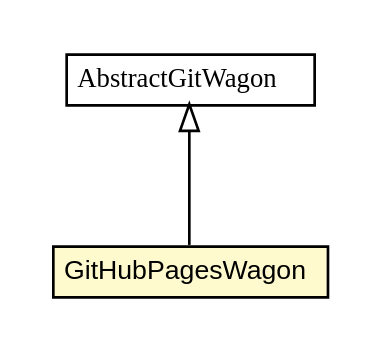
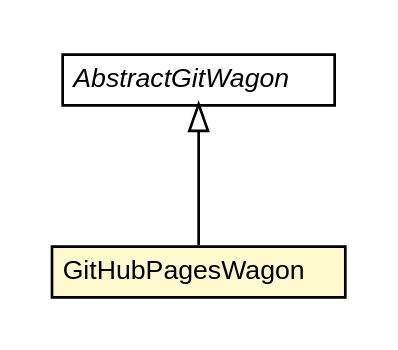
One commit to trajano/wagon-git changed the diagram in apidocs/net/trajano/wagon/git/GitHubPagesWagon.dot. Above: the diagram before and after it, drawn with Graphviz. The commit also changed 117 other files, not shown here.

Commit message:
wagon-git commit

```diff
--- a/apidocs/net/trajano/wagon/git/GitHubPagesWagon.dot
+++ b/apidocs/net/trajano/wagon/git/GitHubPagesWagon.dot
@@ -1,26 +1,26 @@
 #!/usr/local/bin/dot
 #
 # Class diagram 
 # Generated by UMLGraph version R5_6-24-gf6e263 (http://www.umlgraph.org/)
 #
 
 digraph G {
-	edge [fontname="arial",fontsize=10,labelfontname="arial",labelfontsize=10];
-	node [fontname="arial",fontsize=10,shape=plaintext];
+	edge [fontname="Helvetica",fontsize=10,labelfontname="Helvetica",labelfontsize=10];
+	node [fontname="Helvetica",fontsize=10,shape=plaintext];
 	nodesep=0.25;
 	ranksep=0.5;
 	// net.trajano.wagon.git.GitHubPagesWagon
 	c26 [label=<<table title="net.trajano.wagon.git.GitHubPagesWagon" border="0" cellborder="1" cellspacing="0" cellpadding="2" port="p" bgcolor="lemonChiffon" href="./GitHubPagesWagon.html">
 		<tr><td><table border="0" cellspacing="0" cellpadding="1">
 <tr><td align="center" balign="center"> GitHubPagesWagon </td></tr>
 		</table></td></tr>
-		</table>>, URL="./GitHubPagesWagon.html", fontname="arial", fontcolor="black", fontsize=10.0];
+		</table>>, URL="./GitHubPagesWagon.html", fontname="Helvetica", fontcolor="black", fontsize=10.0];
 	// net.trajano.wagon.git.internal.AbstractGitWagon
-	c29 [label=<<table title="net.trajano.wagon.git.internal.AbstractGitWagon" border="0" cellborder="1" cellspacing="0" cellpadding="2" port="p" href="./internal/AbstractGitWagon.html">
+	c28 [label=<<table title="net.trajano.wagon.git.internal.AbstractGitWagon" border="0" cellborder="1" cellspacing="0" cellpadding="2" port="p" href="./internal/AbstractGitWagon.html">
 		<tr><td><table border="0" cellspacing="0" cellpadding="1">
-<tr><td align="center" balign="center"><font face="arial italic"> AbstractGitWagon </font></td></tr>
+<tr><td align="center" balign="center"><font face="Helvetica-Oblique"> AbstractGitWagon </font></td></tr>
 		</table></td></tr>
-		</table>>, URL="./internal/AbstractGitWagon.html", fontname="arial", fontcolor="black", fontsize=10.0];
+		</table>>, URL="./internal/AbstractGitWagon.html", fontname="Helvetica", fontcolor="black", fontsize=10.0];
 	//net.trajano.wagon.git.GitHubPagesWagon extends net.trajano.wagon.git.internal.AbstractGitWagon
-	c29:p -> c26:p [dir=back,arrowtail=empty];
+	c28:p -> c26:p [dir=back,arrowtail=empty];
 }
```
